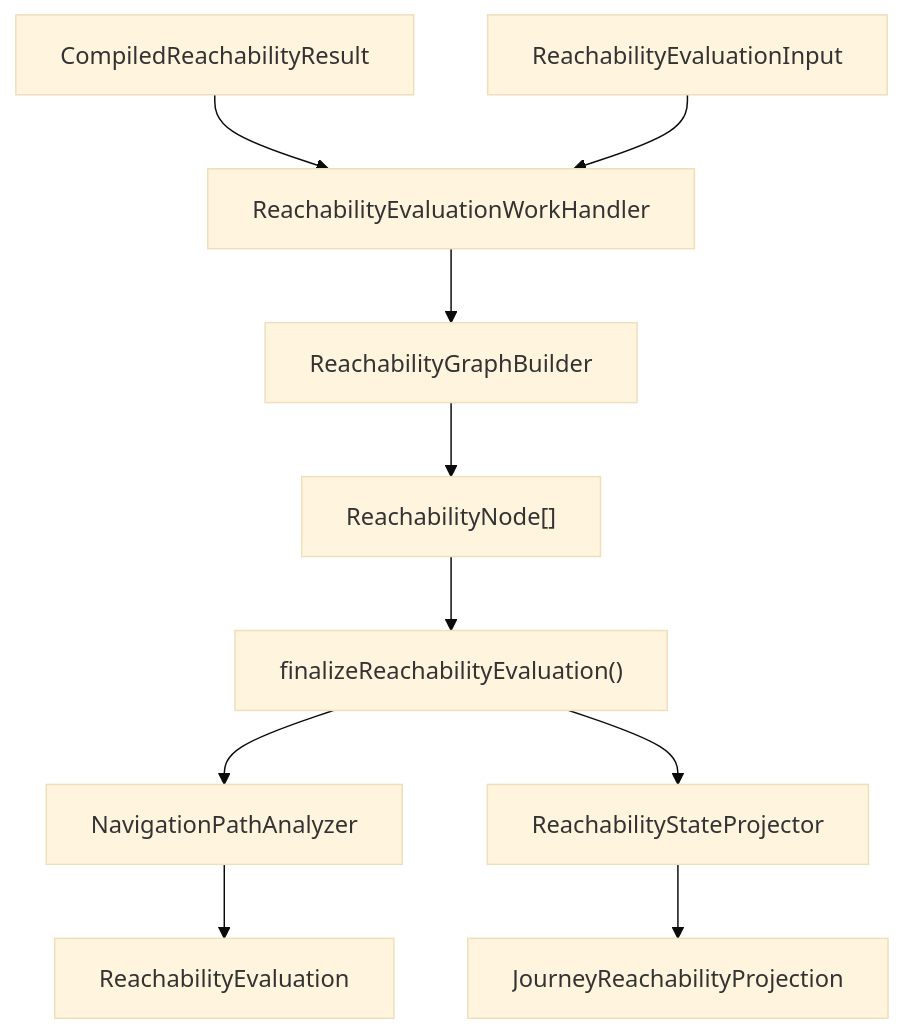
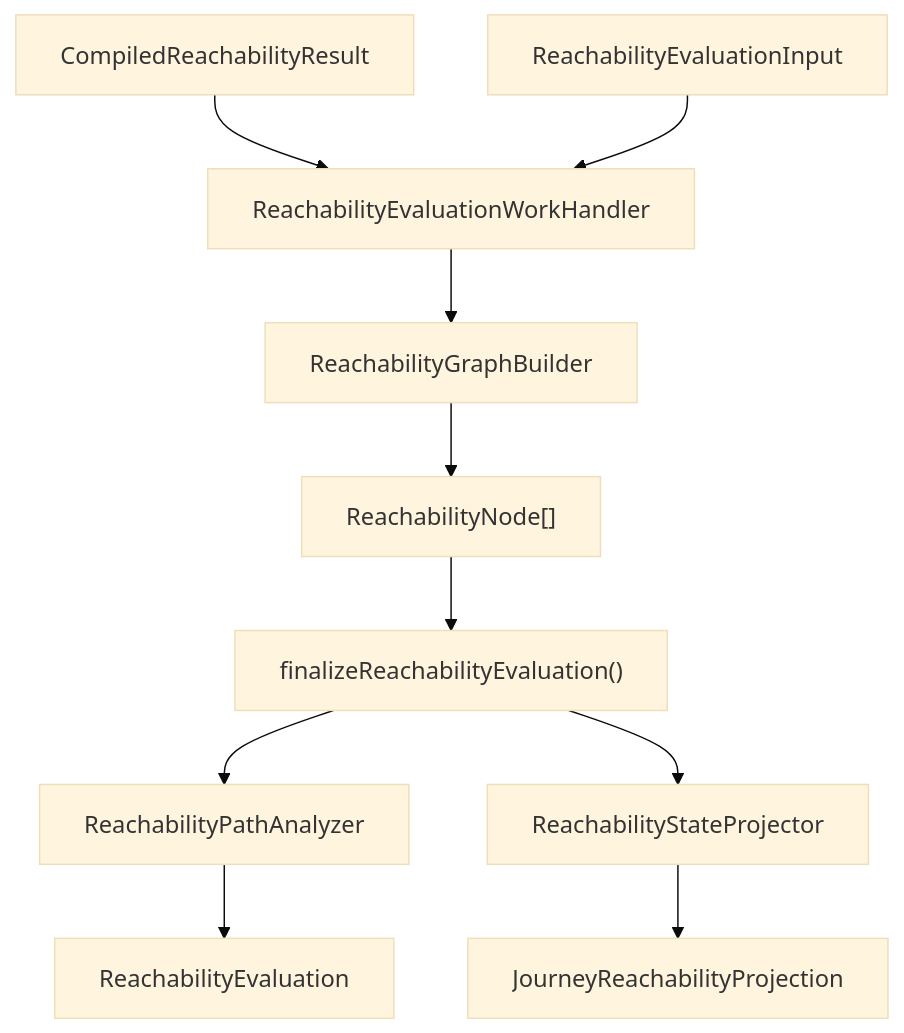
Before and after one commit to ministryofjustice/hmpps-forge: the diagram in packages/forge-core/src/engine/runtime/evaluation/phases/reachability/README.md, drawn with Mermaid (base theme). The commit also changed other lines of this file and 34 other files, not shown here.

Commit message:
Rename navigation identifiers to reachability across the engine

````diff
--- a/packages/forge-core/src/engine/runtime/evaluation/phases/reachability/README.md
+++ b/packages/forge-core/src/engine/runtime/evaluation/phases/reachability/README.md
@@ -86,12 +86,12 @@
 ```mermaid
 flowchart TD
   compiled["CompiledReachabilityResult"] --> handler["ReachabilityEvaluationWorkHandler"]
   input["ReachabilityEvaluationInput"] --> handler
   handler --> builder["ReachabilityGraphBuilder"]
   builder --> steps["ReachabilityNode[]"]
   steps --> finalize["finalizeReachabilityEvaluation()"]
-  finalize --> analyzer["NavigationPathAnalyzer"]
+  finalize --> analyzer["ReachabilityPathAnalyzer"]
   finalize --> projector["ReachabilityStateProjector"]
   analyzer --> evaluation["ReachabilityEvaluation"]
   projector --> state["JourneyReachabilityProjection"]
 ```
````
